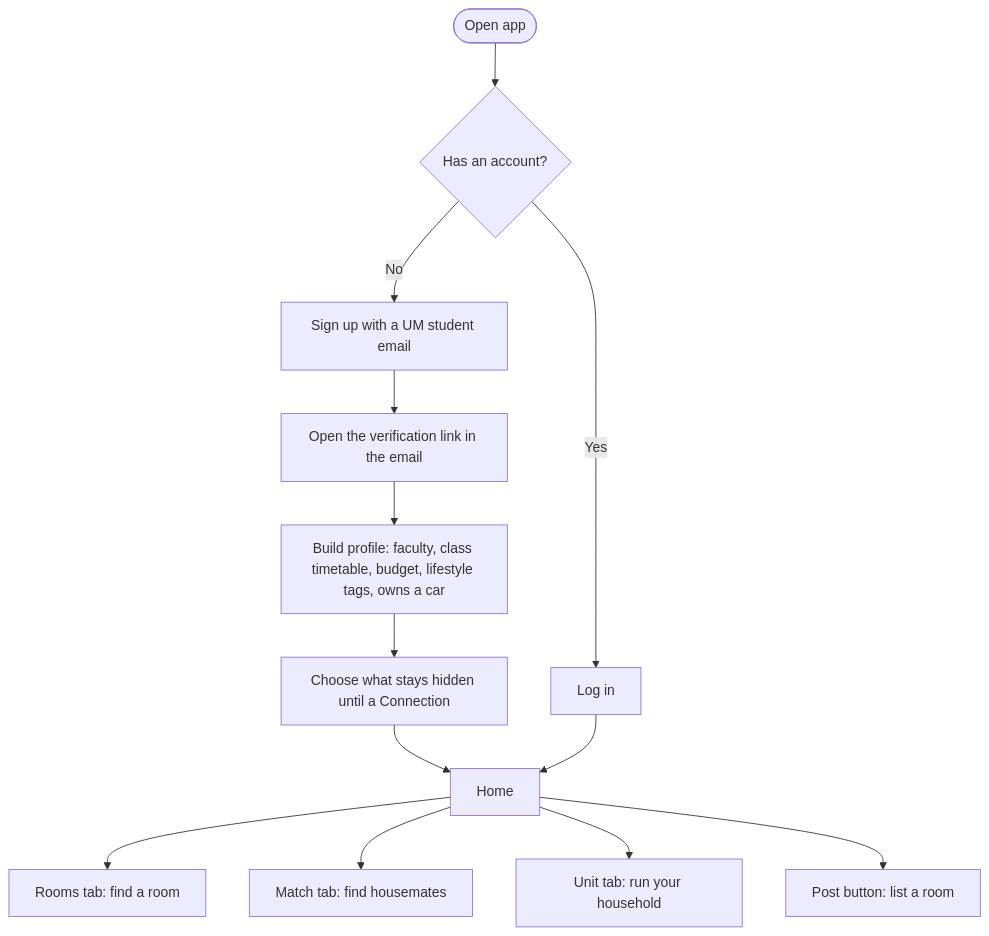
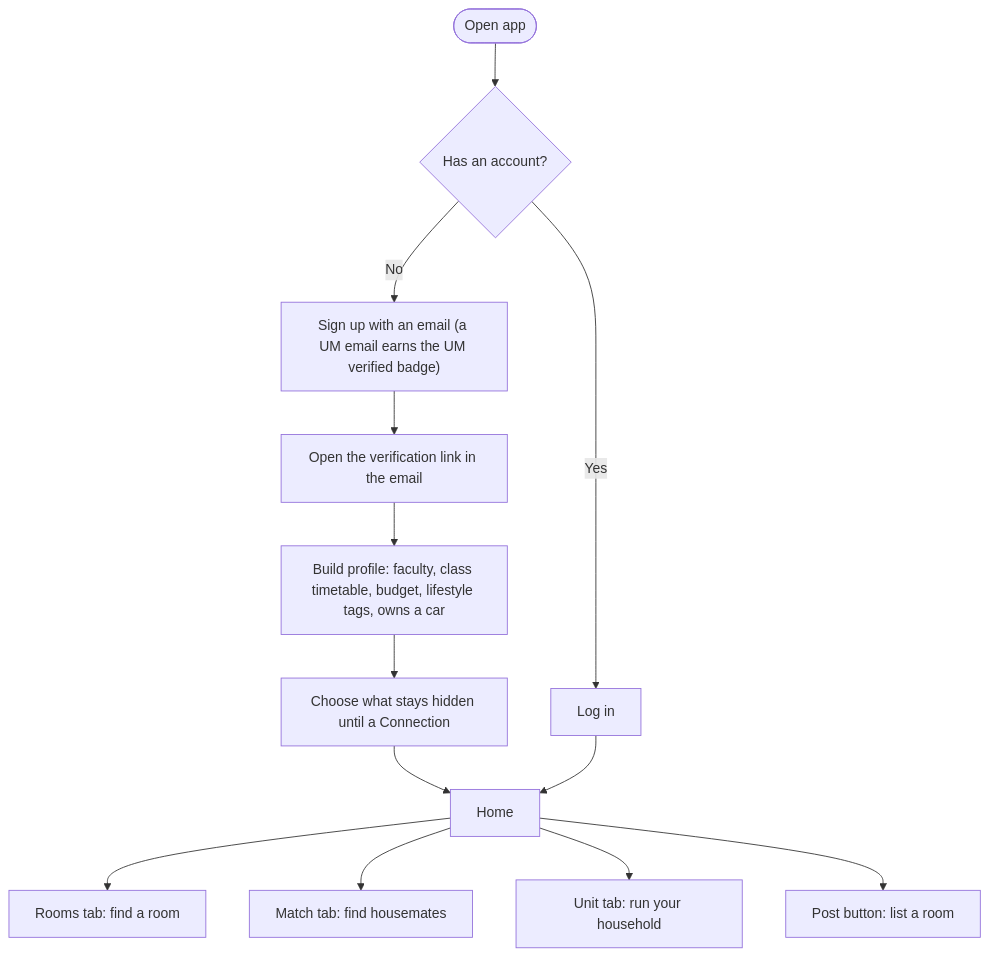
One commit to abqaryne/jiran changed the first of 7 diagrams in docs/product/USER-FLOW.md. Above: the diagram before and after it, drawn with Mermaid. The commit also changed 15 other files, not shown here.

Commit message:
[E1.1] Let any email sign up and give UM emails the UM verified badge

````diff
--- a/docs/product/USER-FLOW.md
+++ b/docs/product/USER-FLOW.md
@@ -9,15 +9,15 @@
 ```mermaid
 flowchart TD
     A(["Open app"]) --> B{"Has an account?"}
-    B -- "No" --> C["Sign up with a UM student email"]
+    B -- "No" --> C["Sign up with an email (a UM email earns the UM verified badge)"]
     C --> D["Open the verification link in the email"]
     D --> E["Build profile: faculty, class timetable, budget, lifestyle tags, owns a car"]
     E --> F["Choose what stays hidden until a Connection"]
     F --> G["Home"]
     B -- "Yes" --> H["Log in"]
     H --> G
     G --> I["Rooms tab: find a room"]
     G --> J["Match tab: find housemates"]
     G --> K["Unit tab: run your household"]
     G --> L["Post button: list a room"]
 ```
````
